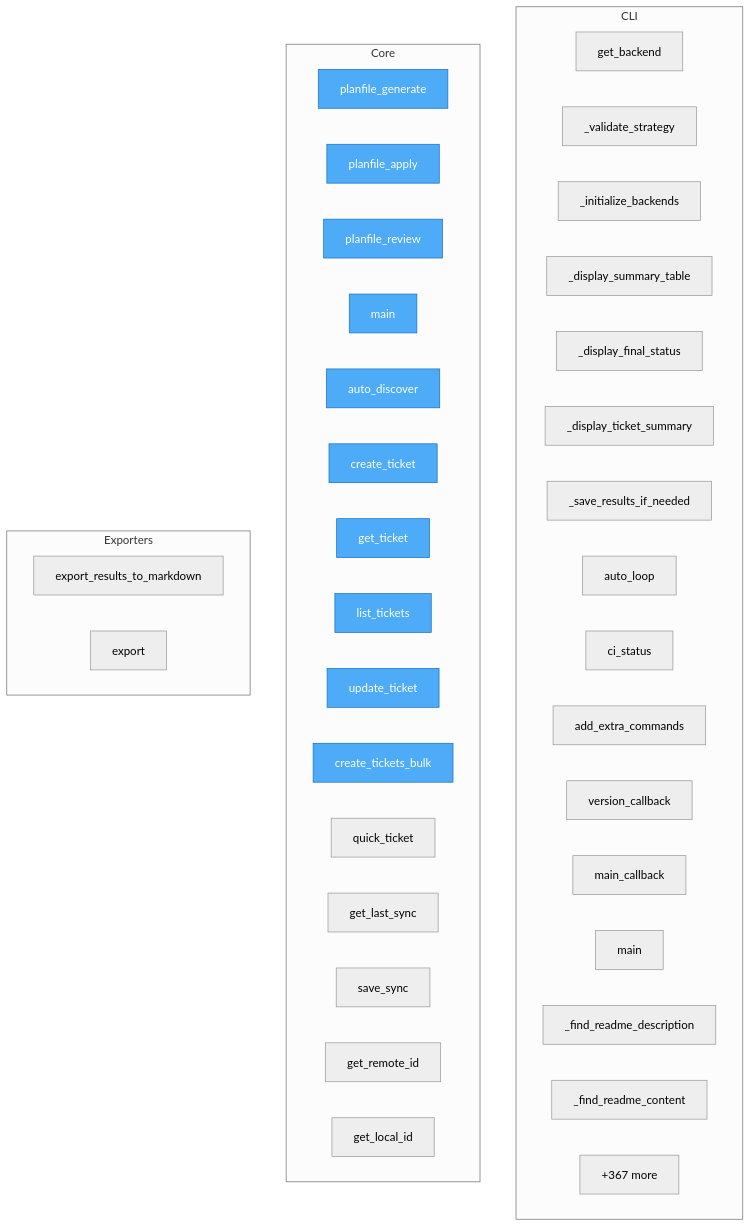
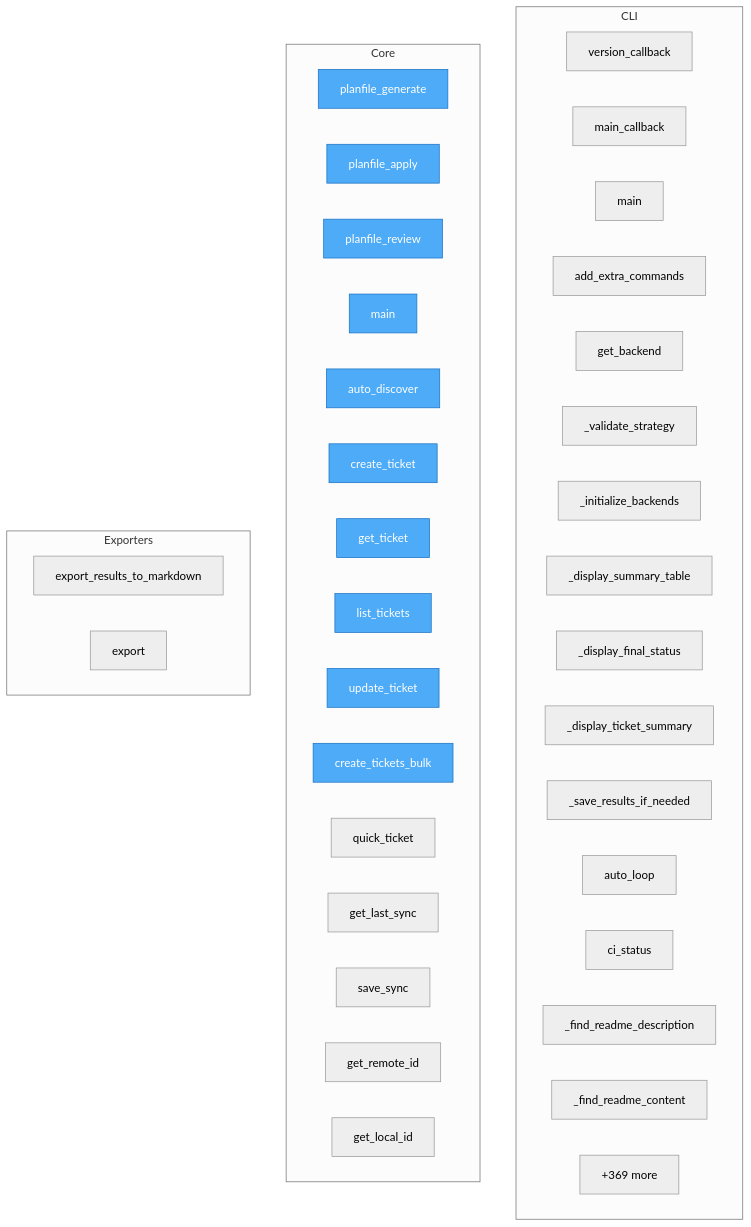
The diagram in project/flow.mmd (semcod/planfile), drawn with Mermaid (neutral theme) before and after one commit. The commit also changed 25 other files, not shown here.

```diff
--- a/project/flow.mmd
+++ b/project/flow.mmd
@@ -1,49 +1,49 @@
 flowchart TD
 
     %% Entry points (blue)
     classDef entry fill:#4dabf7,stroke:#1971c2,color:#fff
 
     subgraph CLI
+        planfile__cli__commands__version_callback["version_callback"]
+        planfile__cli__commands__main_callback["main_callback"]
+        planfile__cli__commands__main["main"]
+        planfile__cli__extra_commands__add_extra_commands["add_extra_commands"]
         planfile__cli__auto_loop__get_backend["get_backend"]
         planfile__cli__auto_loop___validate_strategy["_validate_strategy"]
         planfile__cli__auto_loop___initialize_backends["_initialize_backends"]
         planfile__cli__auto_loop___display_summary_table["_display_summary_table"]
         planfile__cli__auto_loop___display_final_status["_display_final_status"]
         planfile__cli__auto_loop___display_ticket_summary["_display_ticket_summary"]
         planfile__cli__auto_loop___save_results_if_needed["_save_results_if_needed"]
         planfile__cli__auto_loop__auto_loop["auto_loop"]
         planfile__cli__auto_loop__ci_status["ci_status"]
-        planfile__cli__extra_commands__add_extra_commands["add_extra_commands"]
-        planfile__cli__commands__version_callback["version_callback"]
-        planfile__cli__commands__main_callback["main_callback"]
-        planfile__cli__commands__main["main"]
         planfile__cli__project_detector___find_readme_description["_find_readme_description"]
         planfile__cli__project_detector___find_readme_content["_find_readme_content"]
         ...["+57 more"]
     end
 
     subgraph Core
         mcp_server_example__planfile_generate["planfile_generate"]
         mcp_server_example__planfile_apply["planfile_apply"]
         mcp_server_example__planfile_review["planfile_review"]
         mcp_server_example__main["main"]
         planfile__Planfile__auto_discover["auto_discover"]
         planfile__Planfile__create_ticket["create_ticket"]
         planfile__Planfile__get_ticket["get_ticket"]
         planfile__Planfile__list_tickets["list_tickets"]
         planfile__Planfile__update_ticket["update_ticket"]
         planfile__Planfile__create_tickets_bulk["create_tickets_bulk"]
         planfile__quick_ticket["quick_ticket"]
         planfile__sync__state__SyncState__get_last_sync["get_last_sync"]
         planfile__sync__state__SyncState__save_sync["save_sync"]
         planfile__sync__state__SyncState__get_remote_id["get_remote_id"]
         planfile__sync__state__SyncState__get_local_id["get_local_id"]
-        ...["+367 more"]
+        ...["+369 more"]
     end
 
     subgraph Exporters
         planfile__loaders__cli_loader__export_results_to_markdown["export_results_to_markdown"]
         planfile__core__models__Strategy__export["export"]
     end
 
     class mcp_server_example__planfile_generate,mcp_server_example__planfile_apply,mcp_server_example__planfile_review,mcp_server_example__main,planfile__Planfile__auto_discover,planfile__Planfile__create_ticket,planfile__Planfile__get_ticket,planfile__Planfile__list_tickets,planfile__Planfile__update_ticket,planfile__Planfile__create_tickets_bulk entry
```
